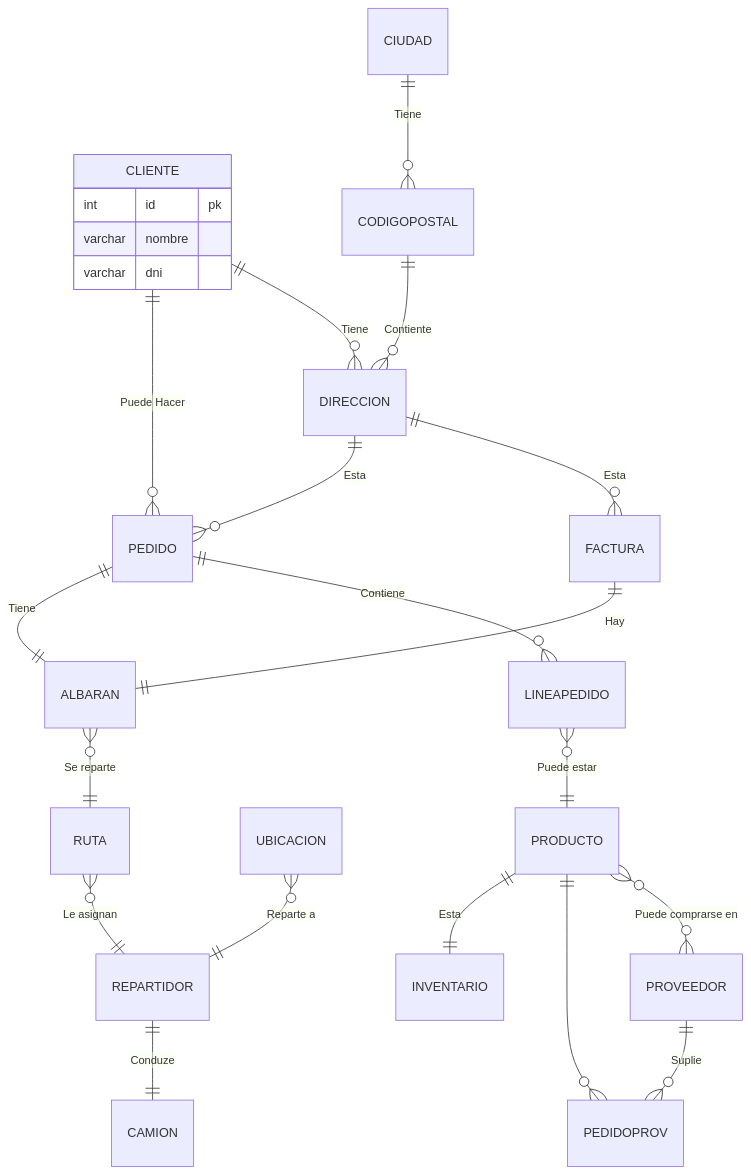
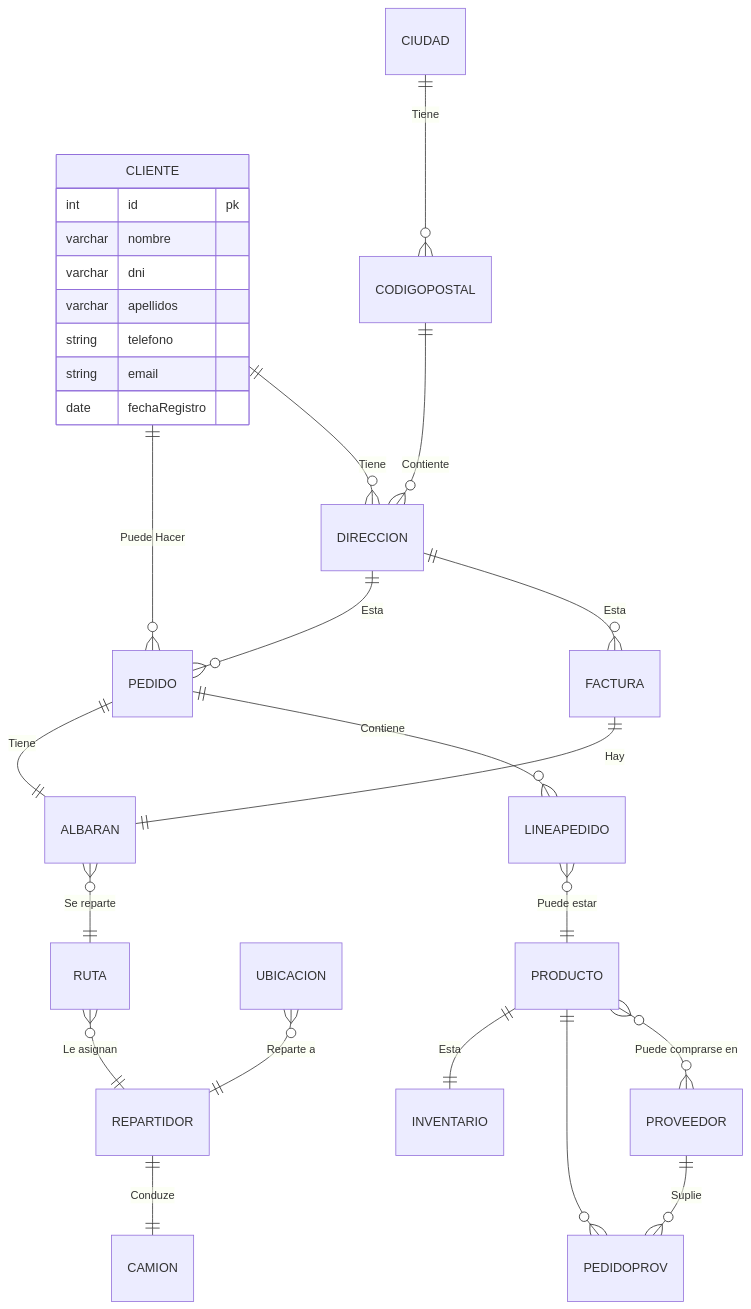
Before and after one commit to pedroporo/apuntesclase: the diagram in 01 Apuntes/DAM/Proyecto intermodular 2 de Desarrollo de aplicaciones multiplataforma/Inicio.md, drawn with Mermaid.

Commit message:
vault backup: 2025-10-06 17:16:32

````diff
--- a/01 Apuntes/DAM/Proyecto intermodular 2 de Desarrollo de aplicaciones multiplataforma/Inicio.md
+++ b/01 Apuntes/DAM/Proyecto intermodular 2 de Desarrollo de aplicaciones multiplataforma/Inicio.md
@@ -5,58 +5,60 @@
 ```mermaid
 erDiagram
 
 CLIENTE{
 	int id pk
 	varchar nombre
 	varchar dni
+	varchar apellidos 
+	string telefono string email date fechaRegistro
 }
 DIRECCION{
 }
 
 CODIGOPOSTAL{
 }
 CIUDAD{
 }
 FACTURA{
 }
 PEDIDO{
 }
 ALBARAN{
 }
 RUTA{
 }
 REPARTIDOR{
 }
 UBICACION{
 }
 CAMION{
 }
 LINEAPEDIDO{
 }
 PRODUCTO{
 }
 PEDIDOPROV{
 }
 PROVEEDOR{
 }
 INVENTARIO{
 }
 CLIENTE ||--o{ PEDIDO : "Puede Hacer"
 CLIENTE ||--o{ DIRECCION : "Tiene"
 DIRECCION ||--o{ PEDIDO : "Esta"
 DIRECCION ||--o{ FACTURA : "Esta"
 CODIGOPOSTAL ||--o{ DIRECCION: "Contiente"
 CIUDAD ||--o{ CODIGOPOSTAL : "Tiene"
 FACTURA ||--|| ALBARAN: "Hay"
 PEDIDO ||--|| ALBARAN : "Tiene"
 ALBARAN }o--|| RUTA : "Se reparte"
 RUTA }o--|| REPARTIDOR : "Le asignan"
 UBICACION }o--|| REPARTIDOR: "Reparte a"
 REPARTIDOR ||--|| CAMION : "Conduze"
 PEDIDO ||--o{ LINEAPEDIDO : "Contiene"
 LINEAPEDIDO }o--|| PRODUCTO : "Puede estar"
 PRODUCTO ||--|| INVENTARIO : "Esta"
 PRODUCTO ||--o{ PEDIDOPROV : ""
 PRODUCTO }o--o{ PROVEEDOR: "Puede comprarse en"
 PROVEEDOR ||--o{ PEDIDOPROV : "Suplie"
 ```
````
